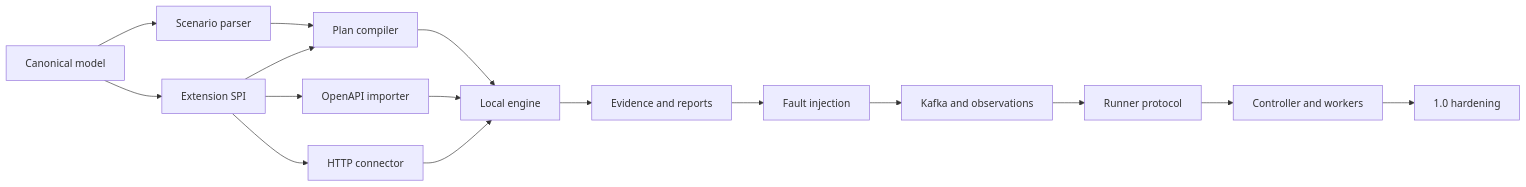
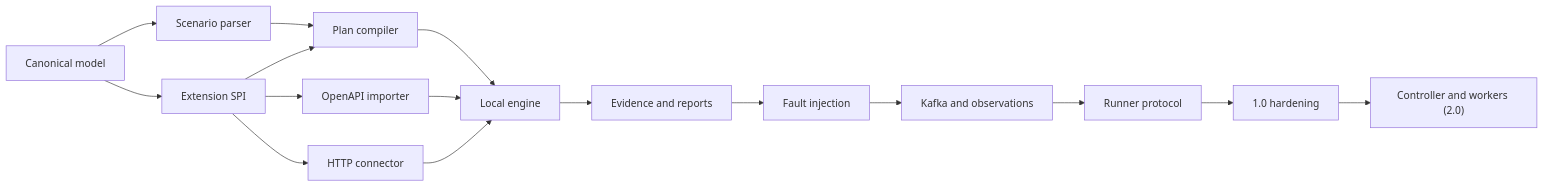
Before and after one commit to Malatiel/Faultora: the diagram in docs/ROADMAP.md, drawn with Mermaid. The commit also changed other lines of this file and 1 other file, not shown here.

First line of the commit message:
docs: hold the roadmap to the release plan's boundary

````diff
--- a/docs/ROADMAP.md
+++ b/docs/ROADMAP.md
@@ -43,18 +46,18 @@
 ```mermaid
 flowchart LR
     A["Canonical model"] --> B["Scenario parser"]
     A --> C["Extension SPI"]
     B --> D["Plan compiler"]
     C --> D
     C --> E["OpenAPI importer"]
     C --> F["HTTP connector"]
     D --> G["Local engine"]
     E --> G
     F --> G
     G --> H["Evidence and reports"]
     H --> I["Fault injection"]
     I --> J["Kafka and observations"]
     J --> K["Runner protocol"]
-    K --> L["Controller and workers"]
-    L --> M["1.0 hardening"]
+    K --> M["1.0 hardening"]
+    M --> L["Controller and workers (2.0)"]
 ```
````
